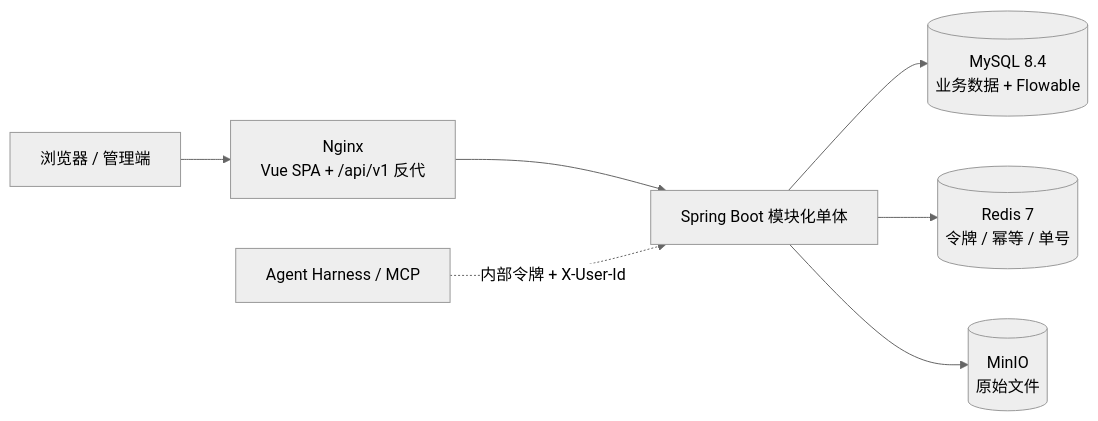
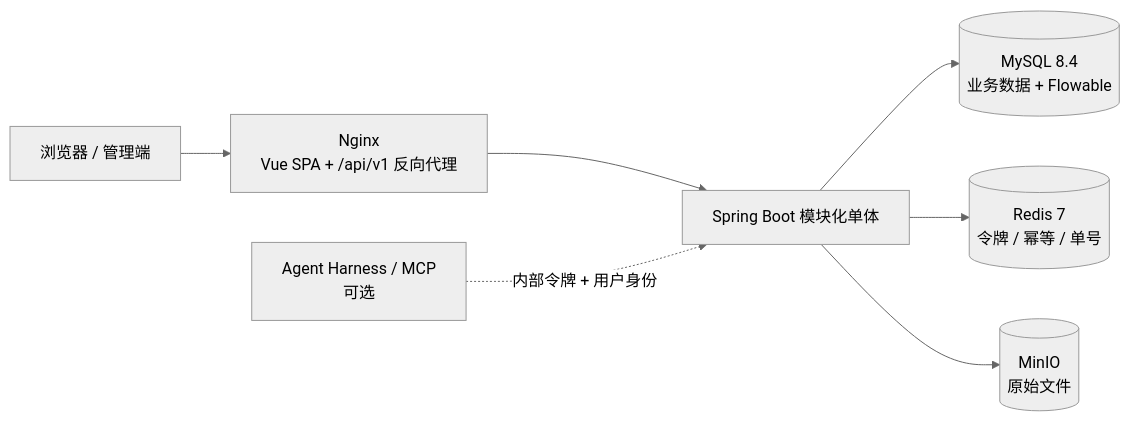
Before and after one commit to q2392044156/smart-procurement-platform: the diagram in README.md, drawn with Mermaid (neutral theme). The commit also changed other lines of this file, not shown here.

````diff
--- a/README.md
+++ b/README.md
@@ -39,9 +46,9 @@
 ```mermaid
 flowchart LR
-  U["浏览器 / 管理端"] --> N["Nginx<br/>Vue SPA + /api/v1 反代"]
+  U["浏览器 / 管理端"] --> N["Nginx<br/>Vue SPA + /api/v1 反向代理"]
   N --> S["Spring Boot 模块化单体"]
   S --> DB[("MySQL 8.4<br/>业务数据 + Flowable")]
   S --> RD[("Redis 7<br/>令牌 / 幂等 / 单号")]
   S --> OS[("MinIO<br/>原始文件")]
-  H["Agent Harness / MCP"] -.->|"内部令牌 + X-User-Id"| S
+  H["Agent Harness / MCP<br/>可选"] -.->|"内部令牌 + 用户身份"| S
 ```
````
